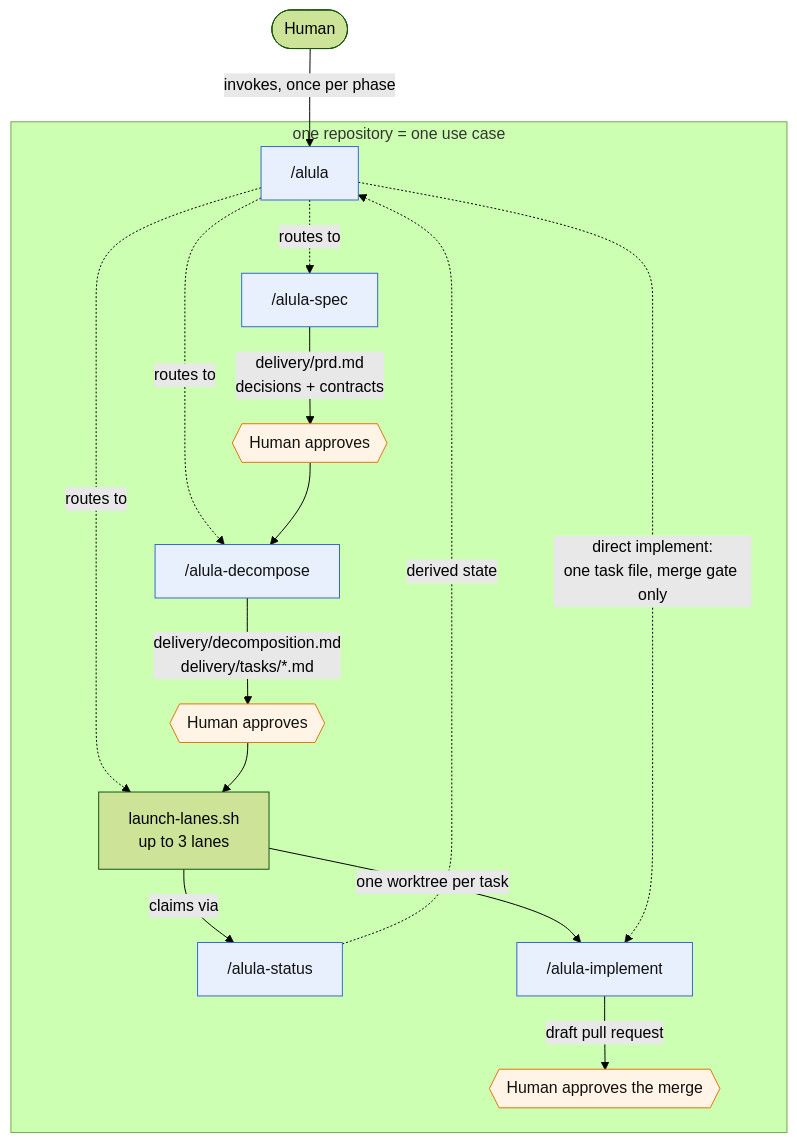
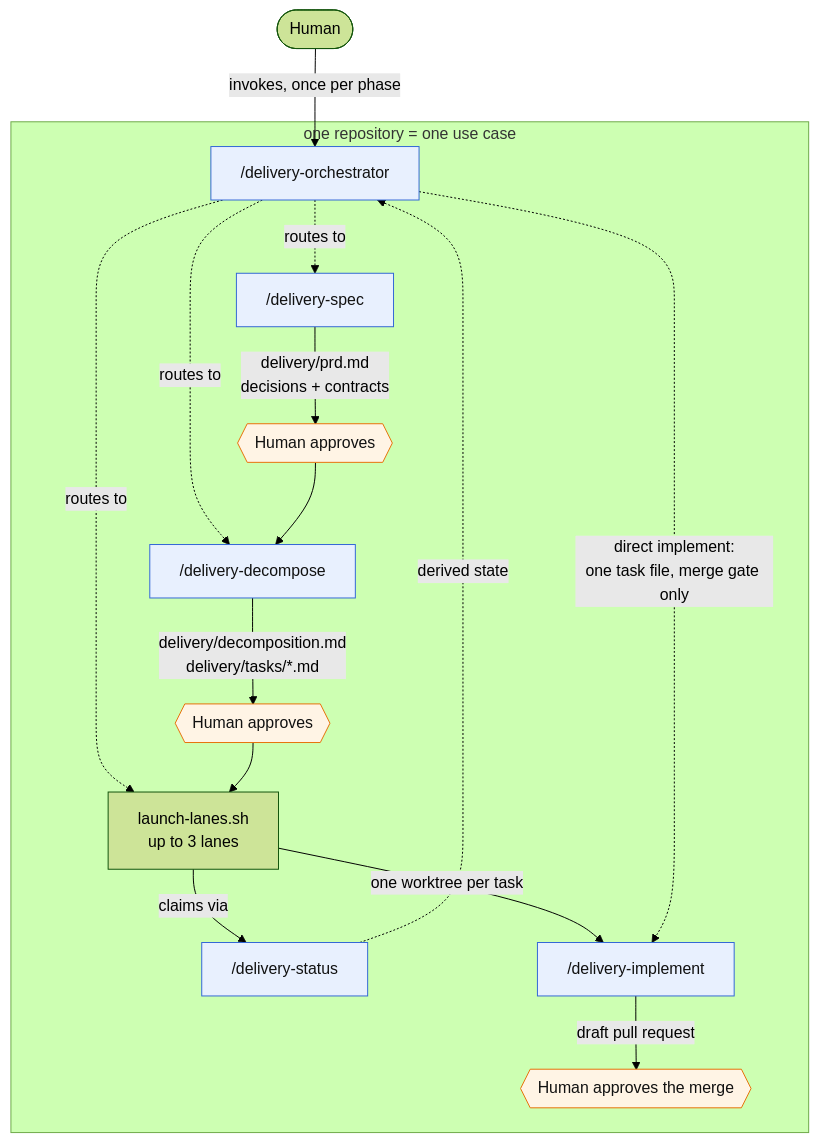
Before and after one commit to ancelin-code/delivery-kit: the first of 3 diagrams in README.md, drawn with Mermaid (forest theme). The commit also changed other lines of this file and 61 other files, not shown here.

````diff
--- a/README.md
+++ b/README.md
@@ -42,27 +42,27 @@
 ```mermaid
 flowchart TD
-    H([Human]) -->|invokes, once per phase| O["/alula"]
+    H([Human]) -->|invokes, once per phase| O["/delivery-orchestrator"]
 
     subgraph UC["one repository = one use case"]
-        O -.->|routes to| SPEC["/alula-spec"]
-        O -.->|routes to| DEC["/alula-decompose"]
+        O -.->|routes to| SPEC["/delivery-spec"]
+        O -.->|routes to| DEC["/delivery-decompose"]
         O -.->|routes to| LAUNCH["launch-lanes.sh<br/>up to 3 lanes"]
 
         SPEC -->|delivery/prd.md<br/>decisions + contracts| G1{{Human approves}}
         G1 --> DEC
         DEC -->|delivery/decomposition.md<br/>delivery/tasks/*.md| G2{{Human approves}}
         G2 --> LAUNCH
 
-        LAUNCH -->|claims via| ST["/alula-status"]
-        LAUNCH -->|one worktree per task| IMP["/alula-implement"]
+        LAUNCH -->|claims via| ST["/delivery-status"]
+        LAUNCH -->|one worktree per task| IMP["/delivery-implement"]
         IMP -->|draft pull request| G3{{Human approves the merge}}
     end
 
     O -.->|direct implement:<br/>one task file, merge gate only| IMP
     ST -.->|derived state| O
 
     classDef skill fill:#e8f0fe,stroke:#3367d6,color:#111
     classDef gate fill:#fff4e5,stroke:#e8710a,color:#111
     class O,SPEC,DEC,IMP,ST skill
     class G1,G2,G3 gate
 ```
````
